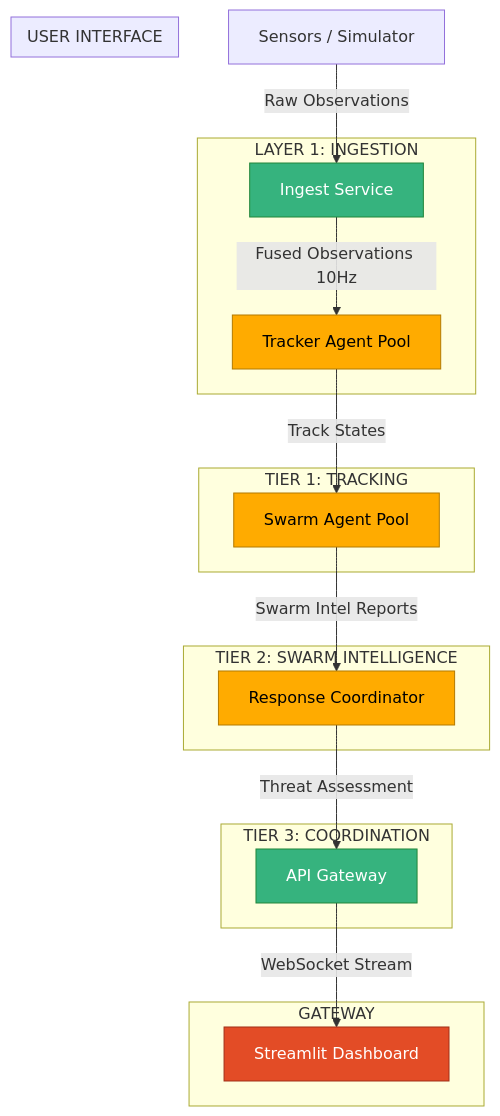
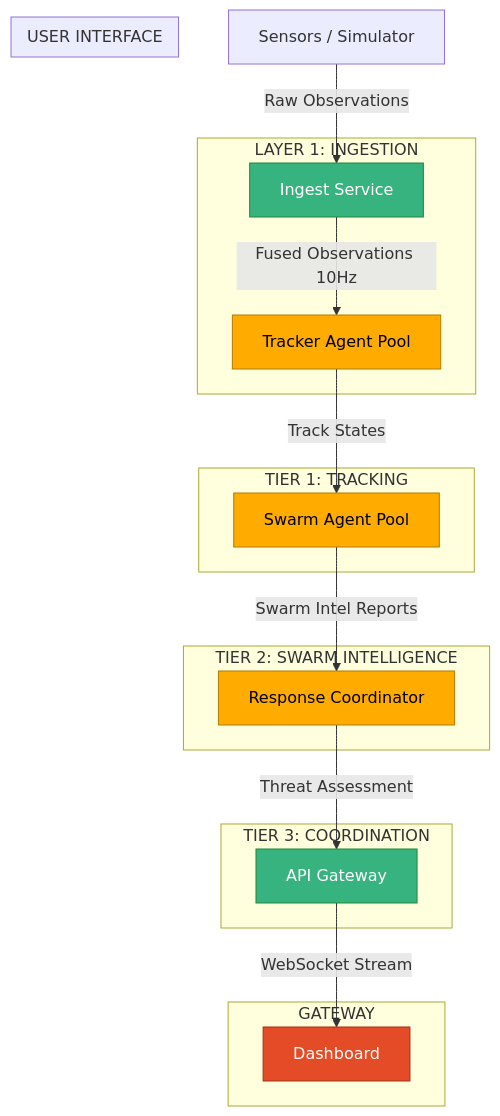
Before and after one commit to SAMeh-ZAGhloul/Multi-Agent_Swarm_Intelligence_Tracking: the first of 4 diagrams in README.md, drawn with Mermaid. The commit also changed other lines of this file, not shown here.

````diff
--- a/README.md
+++ b/README.md
@@ -64,38 +38,38 @@
 ```mermaid
 flowchart TD
     classDef layer fill:#165DFF,stroke:#0D47A1,color:white,stroke-width:2px
     classDef service fill:#36B37E,stroke:#22863A,color:white
     classDef agent fill:#FFAB00,stroke:#B37A00,color:black
     classDef ui fill:#E34C26,stroke:#A12F18,color:white
 
     S[Sensors / Simulator] -->|Raw Observations| I
 
     subgraph LAYER 1: INGESTION
     I[Ingest Service]:::service
     I -->|Fused Observations 10Hz| T
     end
 
     subgraph TIER 1: TRACKING
     T[Tracker Agent Pool]:::agent
     T -->|Track States| SWA
     end
 
     subgraph TIER 2: SWARM INTELLIGENCE
     SWA[Swarm Agent Pool]:::agent
     SWA -->|Swarm Intel Reports| C
     end
 
     subgraph TIER 3: COORDINATION
     C[Response Coordinator]:::agent
     C -->|Threat Assessment| G
     end
 
     subgraph GATEWAY
     G[API Gateway]:::service
     G -->|WebSocket Stream| UI
     end
 
     subgraph USER INTERFACE
-    UI[Streamlit Dashboard]:::ui
+    UI[Dashboard]:::ui
     end
 ```
````
